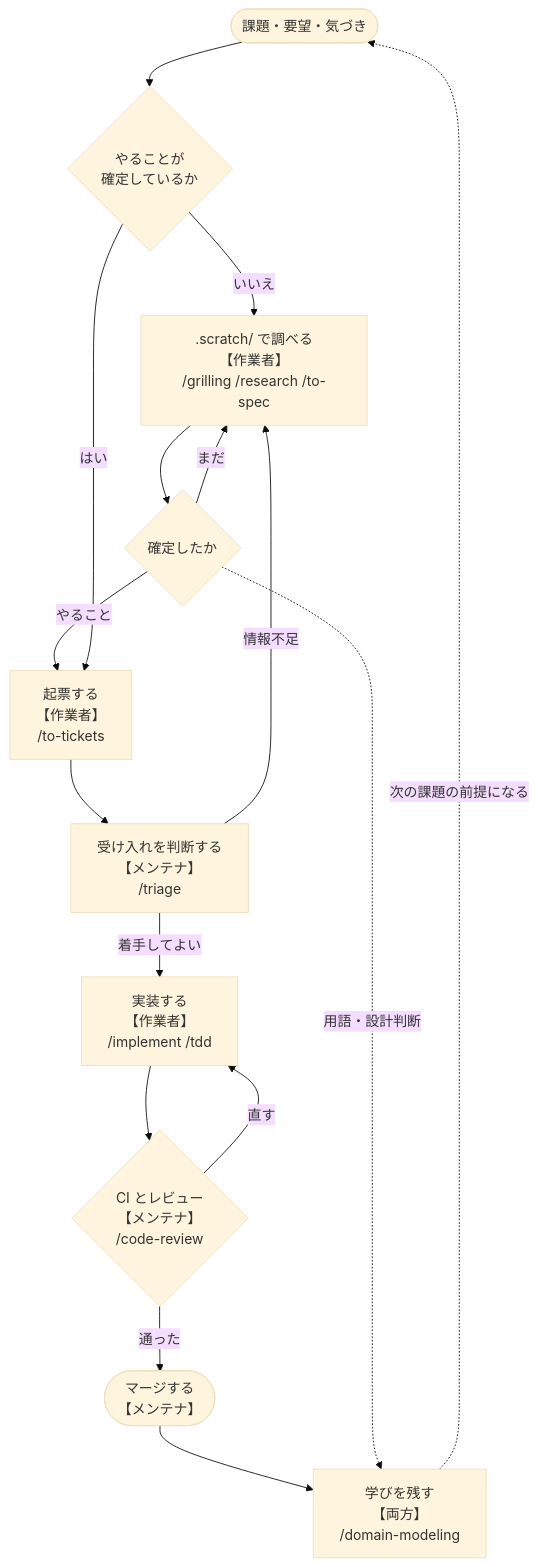
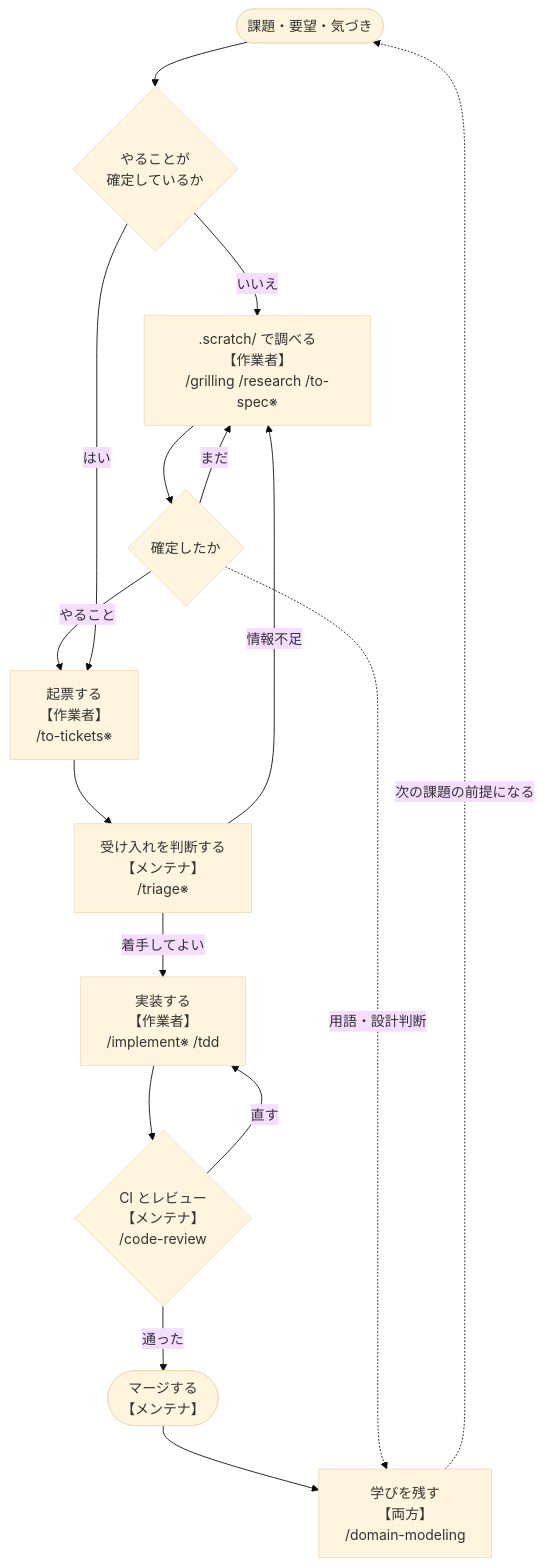
One commit to hirunefu/my-development-template-for-github-copilot changed the first of 2 diagrams in docs/workflow.md. Above: the diagram before and after it, drawn with Mermaid (base theme). The commit also changed other lines of this file and 7 other files, not shown here.

````diff
--- a/docs/workflow.md
+++ b/docs/workflow.md
@@ -33,18 +33,18 @@
 ```mermaid
 flowchart TB
     idea(["課題・要望・気づき"]) --> fixed{"やることが<br/>確定しているか"}
-    fixed -->|いいえ| scratch[".scratch/ で調べる<br/>【作業者】<br/>/grilling /research /to-spec"]
+    fixed -->|いいえ| scratch[".scratch/ で調べる<br/>【作業者】<br/>/grilling /research /to-spec※"]
     scratch --> settled{"確定したか"}
     settled -->|まだ| scratch
     settled -->|やること| task
-    fixed -->|はい| task["起票する<br/>【作業者】<br/>/to-tickets"]
-    task --> triage["受け入れを判断する<br/>【メンテナ】<br/>/triage"]
+    fixed -->|はい| task["起票する<br/>【作業者】<br/>/to-tickets※"]
+    task --> triage["受け入れを判断する<br/>【メンテナ】<br/>/triage※"]
     triage -->|情報不足| scratch
-    triage -->|着手してよい| impl["実装する<br/>【作業者】<br/>/implement /tdd"]
+    triage -->|着手してよい| impl["実装する<br/>【作業者】<br/>/implement※ /tdd"]
     impl --> check{"CI とレビュー<br/>【メンテナ】<br/>/code-review"}
     check -->|直す| impl
     check -->|通った| merged(["マージする<br/>【メンテナ】"])
     merged --> keep["学びを残す<br/>【両方】<br/>/domain-modeling"]
     settled -.->|用語・設計判断| keep
     keep -.->|次の課題の前提になる| idea
 ```
````
